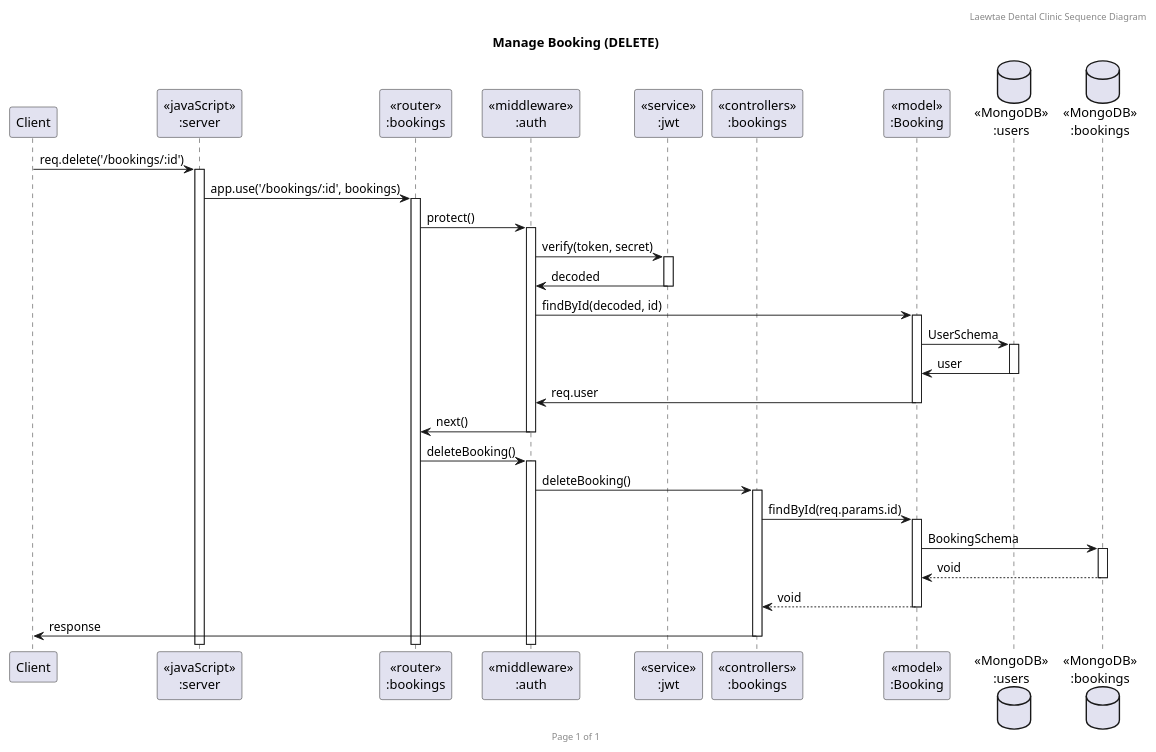
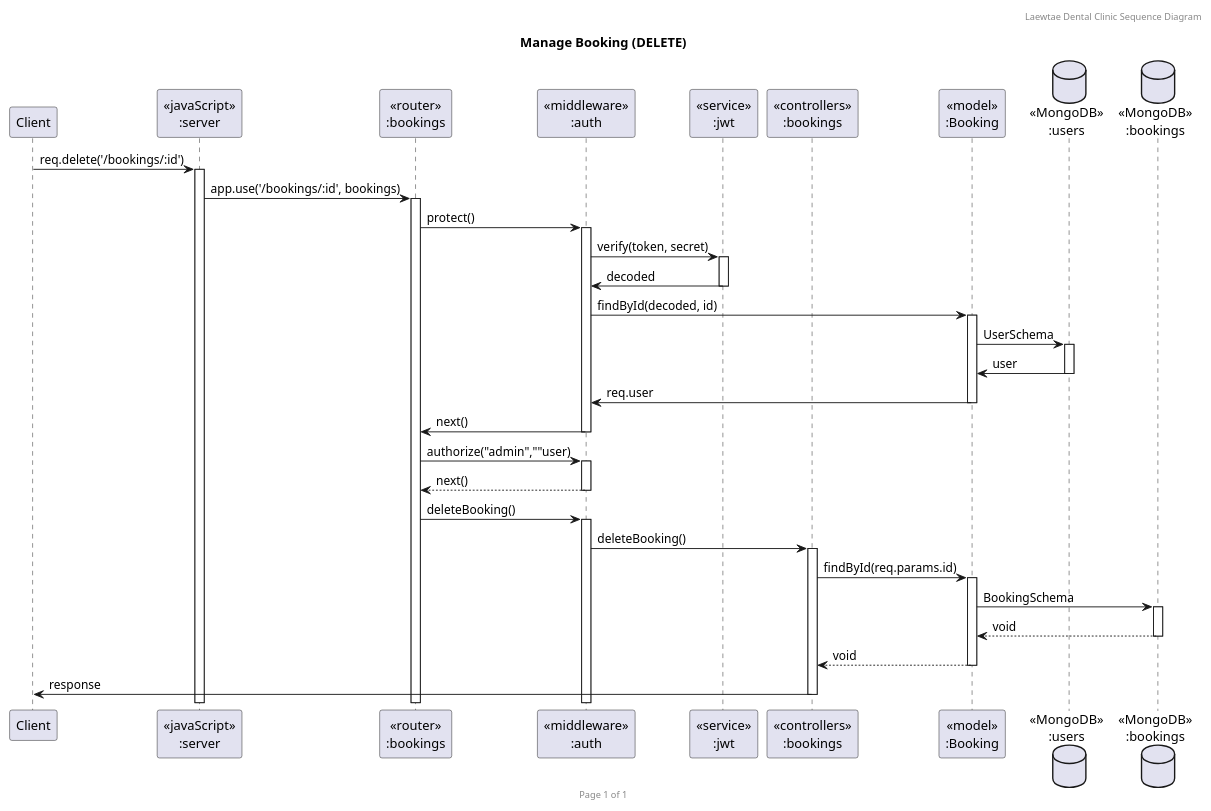
The diagram in UML/SequenceDiagram/Booking/BookingSequenceDelete.puml (nattapong232/DentistBooking), drawn with PlantUML before and after one commit. The commit also changed 4 other files, not shown here.

Commit message:
Fix Booking Sequence Diagram

```diff
--- a/UML/SequenceDiagram/Booking/BookingSequenceDelete.puml
+++ b/UML/SequenceDiagram/Booking/BookingSequenceDelete.puml
@@ -1,35 +1,39 @@
 @startuml Manage Booking (DELETE)
 
 header Laewtae Dental Clinic Sequence Diagram
 footer Page %page% of %lastpage%
 title "Manage Booking (DELETE)"
 
 participant "Client" as client
 participant "<<javaScript>>\n:server" as server
 participant "<<router>>\n:bookings" as routerBookings
 participant "<<middleware>>\n:auth" as auth
 participant "<<service>>\n:jwt" as jwt
 participant "<<controllers>>\n:bookings" as controllersBookings
 participant "<<model>>\n:Booking" as modelBooking
 database "<<MongoDB>>\n:users" as UsersDatabase
 database "<<MongoDB>>\n:bookings" as BookingsDatabase
 
 client->server ++:req.delete('/bookings/:id')
 server->routerBookings ++:app.use('/bookings/:id', bookings)
 routerBookings -> auth ++:protect()
 auth -> jwt ++:verify(token, secret)
 auth <- jwt --:decoded
 auth -> modelBooking ++:findById(decoded, id)
 modelBooking -> UsersDatabase ++:UserSchema
 modelBooking <- UsersDatabase --:user
 auth <- modelBooking --:req.user
 routerBookings <- auth --:next()
+
+routerBookings -> auth ++:authorize("admin",""user)
+routerBookings <-- auth --:next()
+
 routerBookings -> auth ++:deleteBooking()
 auth -> controllersBookings ++:deleteBooking()
 controllersBookings->modelBooking ++:findById(req.params.id)
 modelBooking ->BookingsDatabase ++: BookingSchema
 BookingsDatabase --> modelBooking --: void
 controllersBookings <-- modelBooking --:void
 controllersBookings->client --:response
 
 @enduml
```
